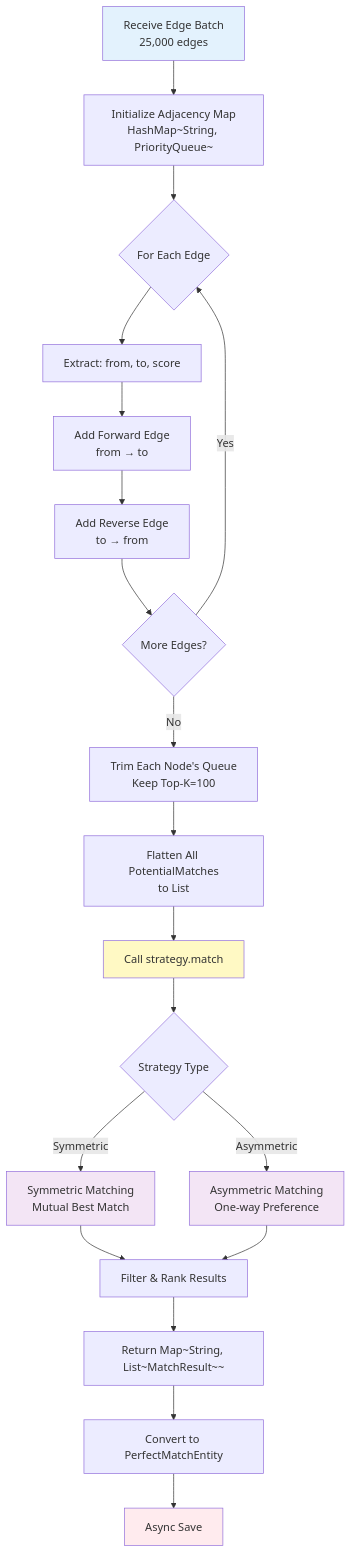
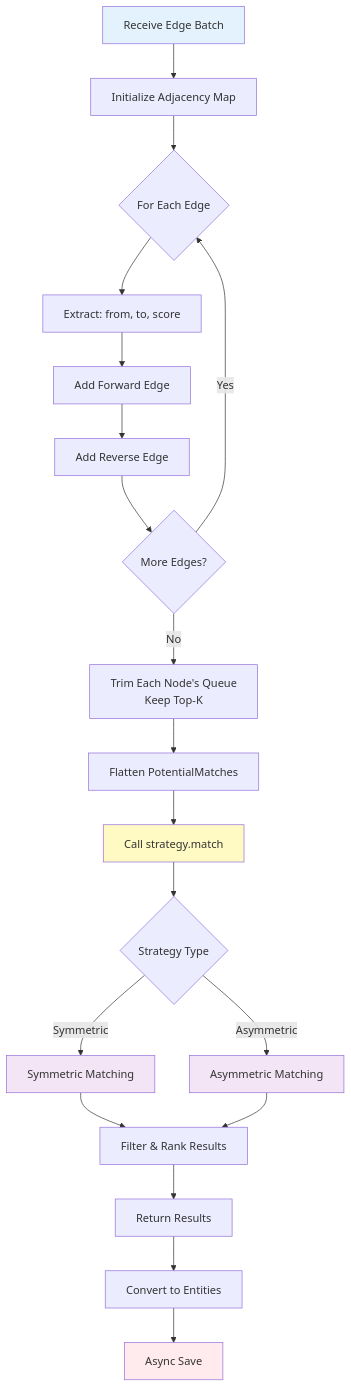
One commit to kagit00/schedule_x changed diagram 11 of 20 in docs/Low Level Designs/ScheduledPerfectMatchesCreation.md. Above: the diagram before and after it, drawn with Mermaid. The commit also changed other lines of this file and 7 other files, not shown here.

````diff
--- a/docs/Low Level Designs/ScheduledPerfectMatchesCreation.md
+++ b/docs/Low Level Designs/ScheduledPerfectMatchesCreation.md
@@ -479,32 +440,32 @@
 ```mermaid
 flowchart TD
-    A[Receive Edge Batch<br/>25,000 edges] --> B[Initialize Adjacency Map<br/>HashMap~String, PriorityQueue~]
+    A[Receive Edge Batch] --> B[Initialize Adjacency Map]
     
     B --> C{For Each Edge}
     C --> D[Extract: from, to, score]
-    D --> E[Add Forward Edge<br/>from → to]
-    E --> F[Add Reverse Edge<br/>to → from]
+    D --> E[Add Forward Edge]
+    E --> F[Add Reverse Edge]
     F --> G{More Edges?}
     G -->|Yes| C
-    G -->|No| H[Trim Each Node's Queue<br/>Keep Top-K=100]
+    G -->|No| H[Trim Each Node's Queue<br/>Keep Top-K]
     
-    H --> I[Flatten All PotentialMatches<br/>to List]
+    H --> I[Flatten PotentialMatches]
     I --> J[Call strategy.match]
     
     J --> K{Strategy Type}
-    K -->|Symmetric| L[Symmetric Matching<br/>Mutual Best Match]
-    K -->|Asymmetric| M[Asymmetric Matching<br/>One-way Preference]
+    K -->|Symmetric| L[Symmetric Matching]
+    K -->|Asymmetric| M[Asymmetric Matching]
     
     L --> N[Filter & Rank Results]
     M --> N
     
-    N --> O[Return Map~String, List~MatchResult~~]
-    O --> P[Convert to PerfectMatchEntity]
+    N --> O[Return Results]
+    O --> P[Convert to Entities]
     P --> Q[Async Save]
     
     style A fill:#E3F2FD
     style J fill:#FFF9C4
     style L fill:#F3E5F5
     style M fill:#F3E5F5
     style Q fill:#FFEBEE
 ```
````
